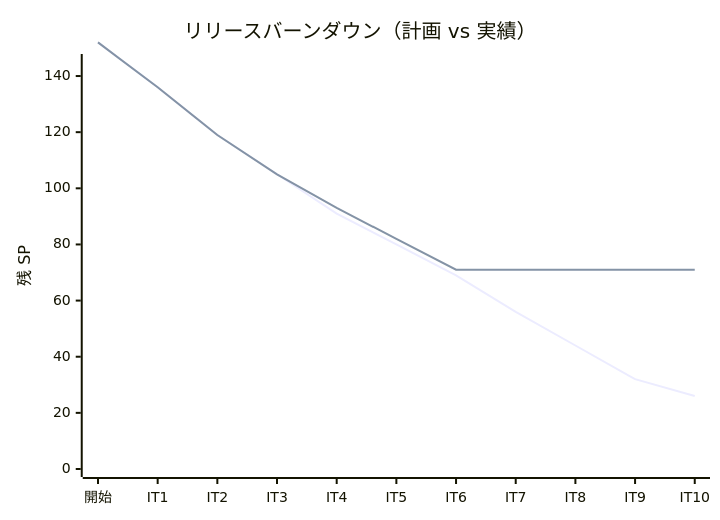
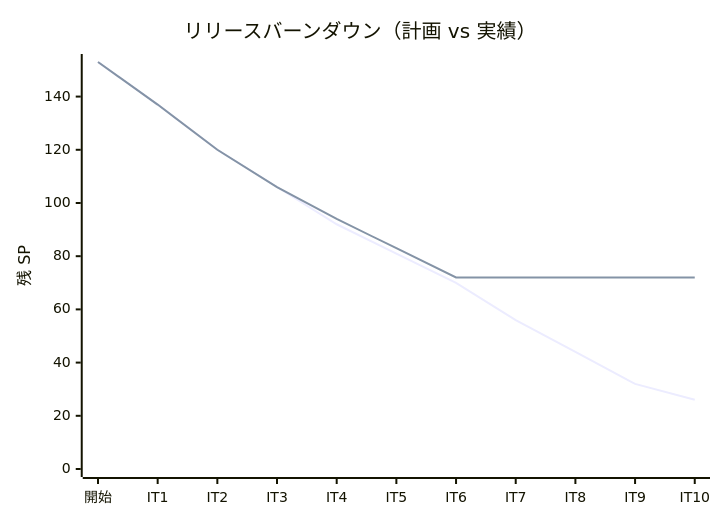
The third of 3 diagrams in docs/development/release_plan.md (k2works/case-study-cargo-tracker), drawn with Mermaid before and after one commit. The commit also changed other lines of this file and 3 other files, not shown here.

````diff
--- a/docs/development/release_plan.md
+++ b/docs/development/release_plan.md
@@ -549,8 +552,8 @@
 ```mermaid
 xychart-beta
     title "リリースバーンダウン（計画 vs 実績）"
     x-axis ["開始", "IT1", "IT2", "IT3", "IT4", "IT5", "IT6", "IT7", "IT8", "IT9", "IT10"]
-    y-axis "残 SP" 0 --> 145
-    line "計画" [152, 136, 119, 105, 91, 80, 69, 56, 44, 32, 26]
-    line "実績" [152, 136, 119, 105, 93, 82, 71, 71, 71, 71, 71]
+    y-axis "残 SP" 0 --> 153
+    line "計画" [153, 137, 120, 106, 92, 81, 70, 56, 44, 32, 26]
+    line "実績" [153, 137, 120, 106, 94, 83, 72, 72, 72, 72, 72]
 ```
````
